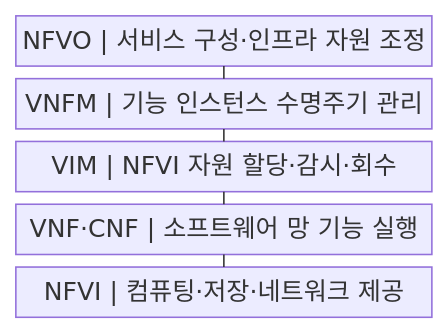
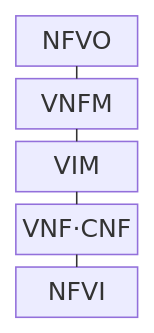
The first of 2 diagrams in src/content/docs/notes/04-network/057_network_functions_virtualization.md (agnusdei1207/knowledge-base), drawn with Mermaid before and after one commit. The commit also changed 122 other files, not shown here.

````diff
--- a/src/content/docs/notes/04-network/057_network_functions_virtualization.md
+++ b/src/content/docs/notes/04-network/057_network_functions_virtualization.md
@@ -55,13 +55,13 @@
 ```mermaid
-block
+block-beta
     columns 1
-    A["NFVO | 서비스 구성·인프라 자원 조정"]
-    B["VNFM | 기능 인스턴스 수명주기 관리"]
-    C["VIM | NFVI 자원 할당·감시·회수"]
-    D["VNF·CNF | 소프트웨어 망 기능 실행"]
-    E["NFVI | 컴퓨팅·저장·네트워크 제공"]
+    A["NFVO"]
+    B["VNFM"]
+    C["VIM"]
+    D["VNF·CNF"]
+    E["NFVI"]
     A --- B
     B --- C
     C --- D
     D --- E
 ```
````
